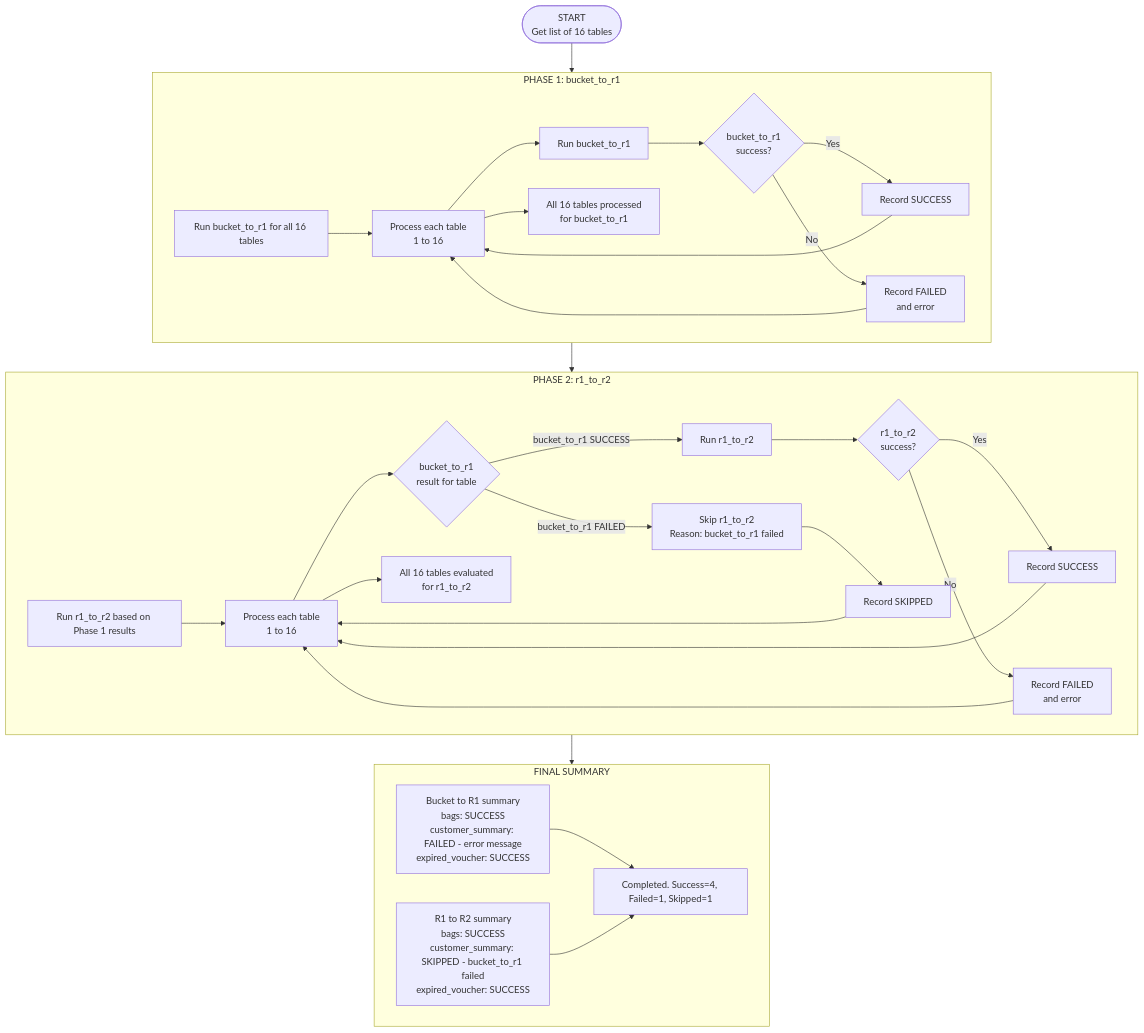
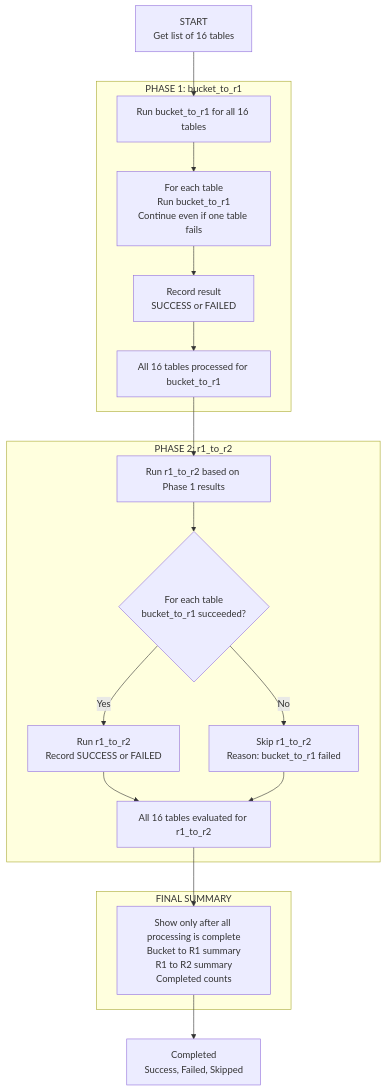
One commit to ilhamsahak/parquet_gcsbucket_to_bq changed the diagram in local_test/README.md. Above: the diagram before and after it, drawn with Mermaid.

Commit message:
Simplify local test flow diagram

````diff
--- a/local_test/README.md
+++ b/local_test/README.md
@@ -38,54 +38,37 @@
 ```mermaid
 flowchart TD
-    start([START<br/>Get list of 16 tables])
+    start["START<br/>Get list of 16 tables"]
 
-    start --> phase1
+    start --> p1_start
 
-    subgraph phase1[PHASE 1: bucket_to_r1]
-        p1_start[Run bucket_to_r1 for all 16 tables]
-        p1_each[Process each table<br/>1 to 16]
-        p1_run[Run bucket_to_r1]
-        p1_success{bucket_to_r1<br/>success?}
-        p1_record_success[Record SUCCESS]
-        p1_record_failed[Record FAILED<br/>and error]
-        p1_done[All 16 tables processed<br/>for bucket_to_r1]
+    subgraph phase1["PHASE 1: bucket_to_r1"]
+        p1_start["Run bucket_to_r1 for all 16 tables"]
+        p1_loop["For each table<br/>Run bucket_to_r1<br/>Continue even if one table fails"]
+        p1_result["Record result<br/>SUCCESS or FAILED"]
+        p1_done["All 16 tables processed for bucket_to_r1"]
 
-        p1_start --> p1_each --> p1_run --> p1_success
-        p1_success -->|Yes| p1_record_success --> p1_each
-        p1_success -->|No| p1_record_failed --> p1_each
-        p1_each --> p1_done
+        p1_start --> p1_loop --> p1_result --> p1_done
     end
 
-    phase1 --> phase2
+    p1_done --> p2_start
 
-    subgraph phase2[PHASE 2: r1_to_r2]
-        p2_start[Run r1_to_r2 based on Phase 1 results]
-        p2_each[Process each table<br/>1 to 16]
-        p2_check{bucket_to_r1<br/>result for table}
-        p2_run[Run r1_to_r2]
-        p2_success{r1_to_r2<br/>success?}
-        p2_record_success[Record SUCCESS]
-        p2_record_failed[Record FAILED<br/>and error]
-        p2_skip[Skip r1_to_r2<br/>Reason: bucket_to_r1 failed]
-        p2_record_skipped[Record SKIPPED]
-        p2_done[All 16 tables evaluated<br/>for r1_to_r2]
+    subgraph phase2["PHASE 2: r1_to_r2"]
+        p2_start["Run r1_to_r2 based on Phase 1 results"]
+        p2_check{"For each table<br/>bucket_to_r1 succeeded?"}
+        p2_run["Run r1_to_r2<br/>Record SUCCESS or FAILED"]
+        p2_skip["Skip r1_to_r2<br/>Reason: bucket_to_r1 failed"]
+        p2_done["All 16 tables evaluated for r1_to_r2"]
 
-        p2_start --> p2_each --> p2_check
-        p2_check -->|bucket_to_r1 SUCCESS| p2_run --> p2_success
-        p2_success -->|Yes| p2_record_success --> p2_each
-        p2_success -->|No| p2_record_failed --> p2_each
-        p2_check -->|bucket_to_r1 FAILED| p2_skip --> p2_record_skipped --> p2_each
-        p2_each --> p2_done
+        p2_start --> p2_check
+        p2_check -->|Yes| p2_run --> p2_done
+        p2_check -->|No| p2_skip --> p2_done
     end
 
-    phase2 --> summary
+    p2_done --> summary
 
-    subgraph summary[FINAL SUMMARY]
-        s1[Bucket to R1 summary<br/>bags: SUCCESS<br/>customer_summary: FAILED - error message<br/>expired_voucher: SUCCESS]
-        s2[R1 to R2 summary<br/>bags: SUCCESS<br/>customer_summary: SKIPPED - bucket_to_r1 failed<br/>expired_voucher: SUCCESS]
-        s3[Completed. Success=4, Failed=1, Skipped=1]
+    subgraph final_summary["FINAL SUMMARY"]
+        summary["Show only after all processing is complete<br/>Bucket to R1 summary<br/>R1 to R2 summary<br/>Completed counts"]
+    end
 
-        s1 --> s3
-        s2 --> s3
-    end
+    summary --> done["Completed<br/>Success, Failed, Skipped"]
 ```
````
